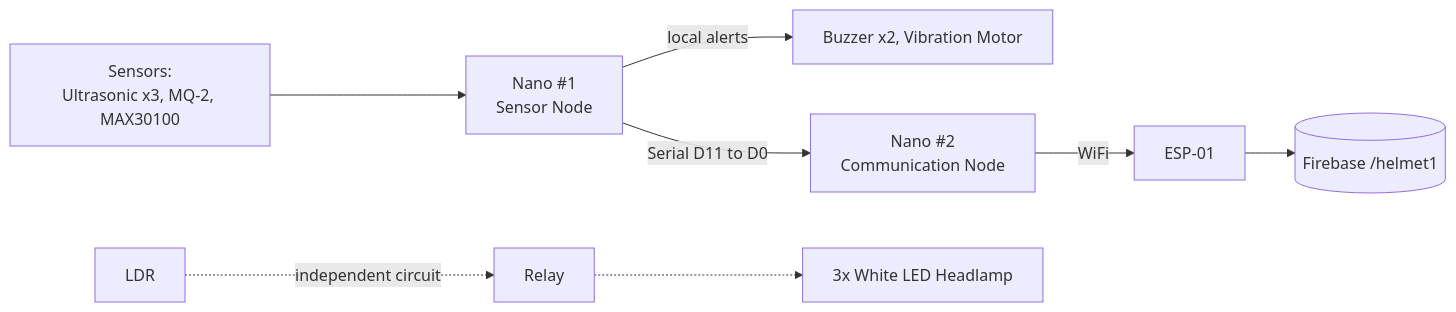
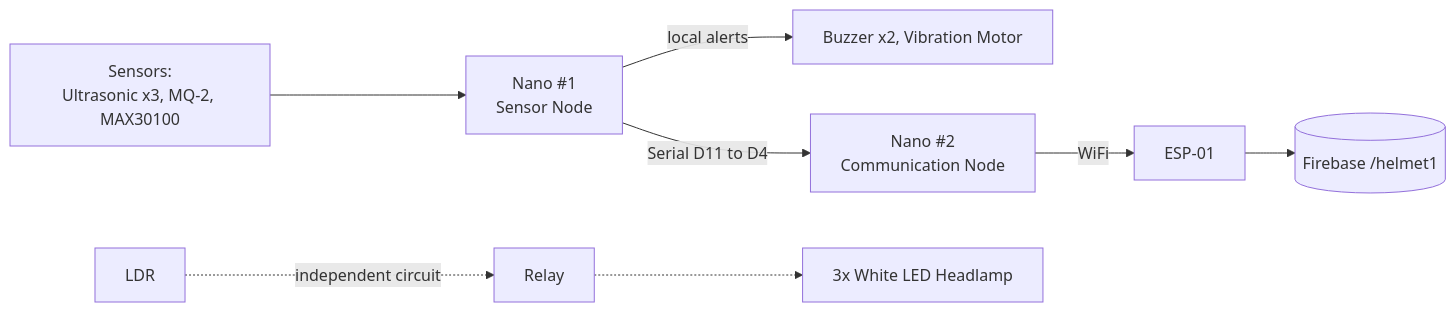
Before and after one commit to AjoyDas76/Safe_Guard: the first of 3 diagrams in helmet/HELMET-CONNECTIONS.md, drawn with Mermaid. The commit also changed other lines of this file, not shown here.

````diff
--- a/helmet/HELMET-CONNECTIONS.md
+++ b/helmet/HELMET-CONNECTIONS.md
@@ -9,11 +9,11 @@
 ```mermaid
 graph LR
     S[Sensors:<br/>Ultrasonic x3, MQ-2, MAX30100] --> N1[Nano #1<br/>Sensor Node]
     N1 -- local alerts --> A[Buzzer x2, Vibration Motor]
-    N1 -- Serial D11 to D0 --> N2[Nano #2<br/>Communication Node]
+    N1 -- Serial D11 to D4 --> N2[Nano #2<br/>Communication Node]
     N2 -- WiFi --> ESP[ESP-01]
     ESP --> FB[(Firebase /helmet1)]
 
     LDR[LDR] -.independent circuit.-> REL[Relay]
     REL -.-> LED[3x White LED Headlamp]
 ```
````
